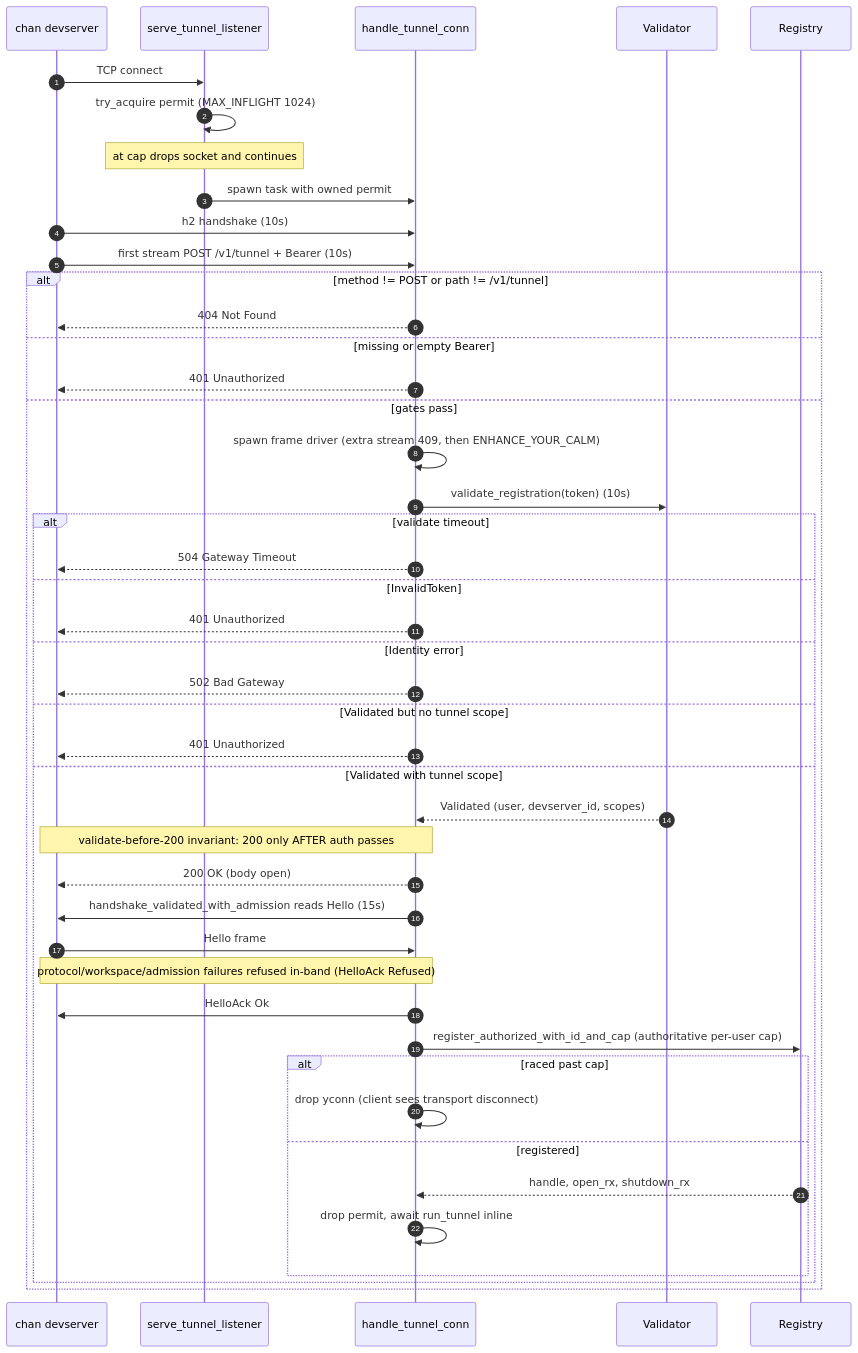
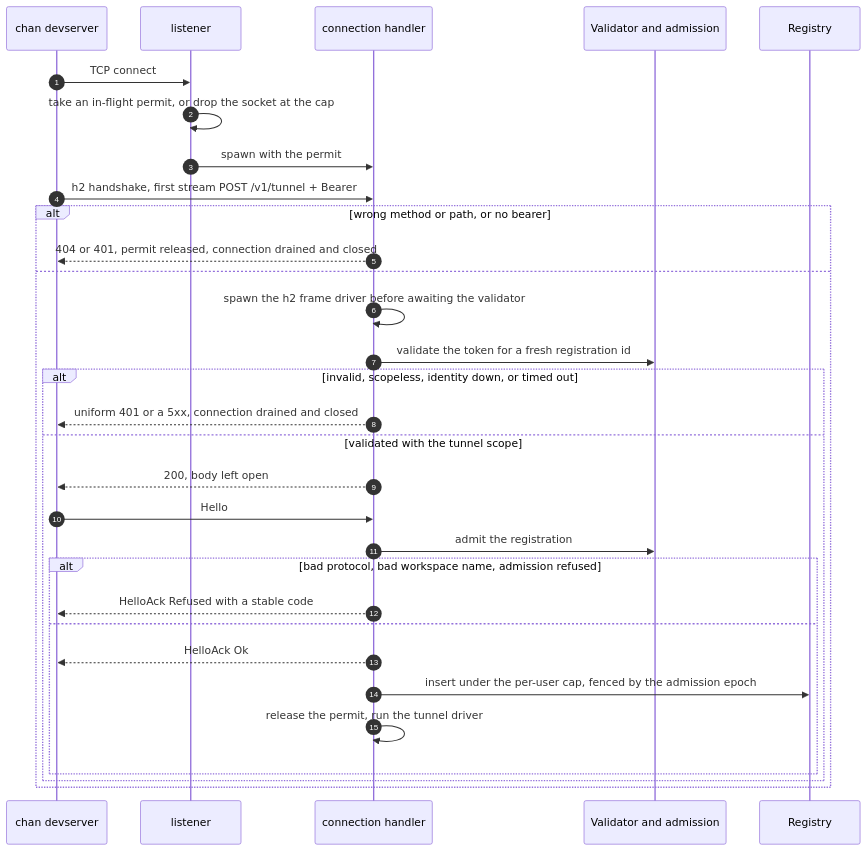
One commit to fiorix/chan changed the second of 2 diagrams in crates/chan-tunnel-server/design.md. Above: the diagram before and after it, drawn with Mermaid. The commit also changed other lines of this file and 17 other files, not shown here.

````diff
--- a/crates/chan-tunnel-server/design.md
+++ b/crates/chan-tunnel-server/design.md
@@ -73,49 +49,34 @@
 ```mermaid
 sequenceDiagram
     autonumber
     participant C as chan devserver
-    participant L as serve_tunnel_listener
-    participant H as handle_tunnel_conn
-    participant V as Validator
+    participant L as listener
+    participant H as connection handler
+    participant V as Validator and admission
     participant R as Registry
 
     C->>L: TCP connect
-    L->>L: try_acquire permit (MAX_INFLIGHT 1024)
-    Note over L: at cap drops socket and continues
-    L->>H: spawn task with owned permit
-    C->>H: h2 handshake (10s)
-    C->>H: first stream POST /v1/tunnel + Bearer (10s)
-
-    alt method != POST or path != /v1/tunnel
-        H-->>C: 404 Not Found
-    else missing or empty Bearer
-        H-->>C: 401 Unauthorized
-    else gates pass
-        H->>H: spawn frame driver (extra stream 409, then ENHANCE_YOUR_CALM)
-        H->>V: validate_registration(token) (10s)
-        alt validate timeout
-            H-->>C: 504 Gateway Timeout
-        else InvalidToken
-            H-->>C: 401 Unauthorized
-        else Identity error
-            H-->>C: 502 Bad Gateway
-        else Validated but no tunnel scope
-            H-->>C: 401 Unauthorized
-        else Validated with tunnel scope
-            V-->>H: Validated (user, devserver_id, scopes)
-            Note over H,C: validate-before-200 invariant: 200 only AFTER auth passes
-            H-->>C: 200 OK (body open)
-            H->>C: handshake_validated_with_admission reads Hello (15s)
-            C->>H: Hello frame
-            Note over H,C: protocol/workspace/admission failures refused in-band (HelloAck Refused)
-            H->>C: HelloAck Ok
-            H->>R: register_authorized_with_id_and_cap (authoritative per-user cap)
-            alt raced past cap
-                H->>H: drop yconn (client sees transport disconnect)
-            else registered
-                R-->>H: handle, open_rx, shutdown_rx
-                H->>H: drop permit, await run_tunnel inline
+    L->>L: take an in-flight permit, or drop the socket at the cap
+    L->>H: spawn with the permit
+    C->>H: h2 handshake, first stream POST /v1/tunnel + Bearer
+    alt wrong method or path, or no bearer
+        H-->>C: 404 or 401, permit released, connection drained and closed
+    else
+        H->>H: spawn the h2 frame driver before awaiting the validator
+        H->>V: validate the token for a fresh registration id
+        alt invalid, scopeless, identity down, or timed out
+            H-->>C: uniform 401 or a 5xx, connection drained and closed
+        else validated with the tunnel scope
+            H-->>C: 200, body left open
+            C->>H: Hello
+            H->>V: admit the registration
+            alt bad protocol, bad workspace name, admission refused
+                H-->>C: HelloAck Refused with a stable code
+            else
+                H-->>C: HelloAck Ok
+                H->>R: insert under the per-user cap, fenced by the admission epoch
+                H->>H: release the permit, run the tunnel driver
             end
         end
     end
 ```
````
